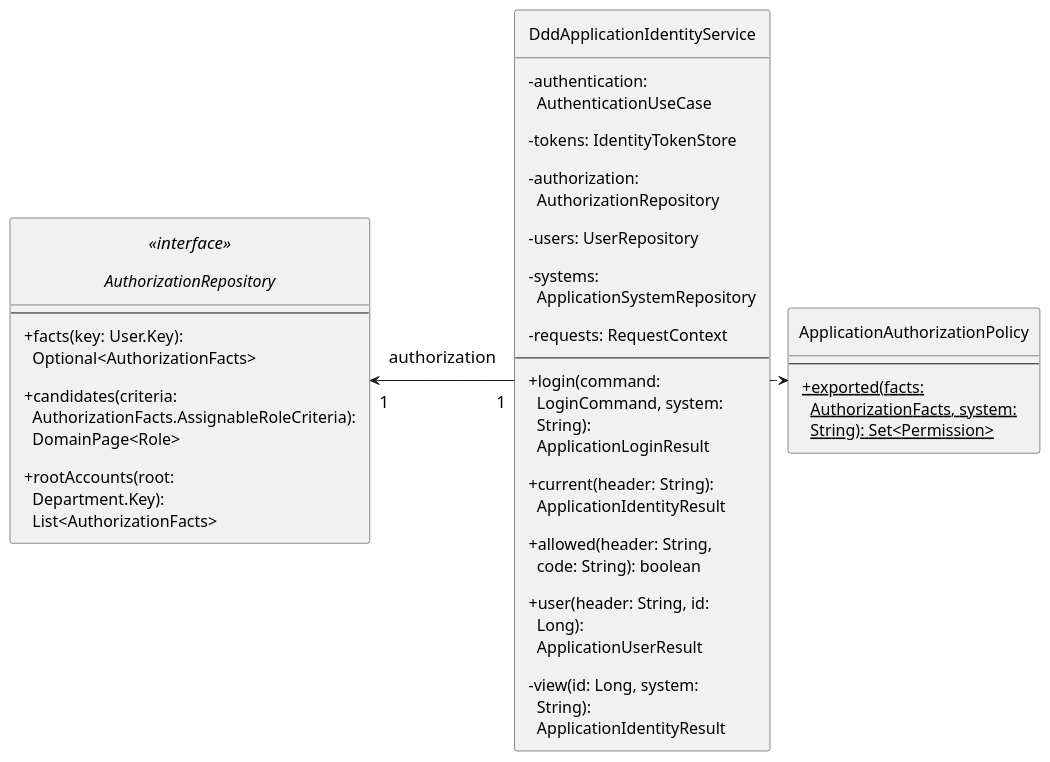
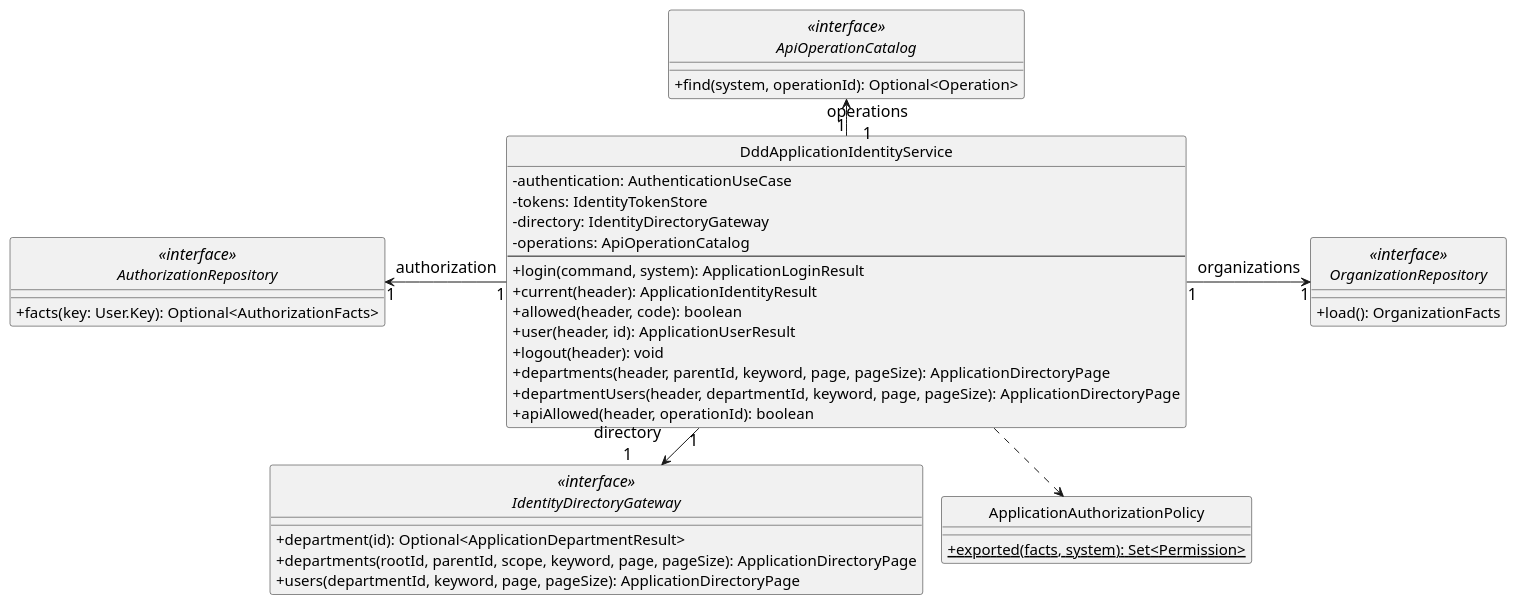
Before and after one commit to minxuanbo/ooad-course-project: the diagram in docs/design/class-ddd-application-identity.puml, drawn with PlantUML. The commit also changed 34 other files, not shown here.

```diff
--- a/docs/design/class-ddd-application-identity.puml
+++ b/docs/design/class-ddd-application-identity.puml
@@ -1,41 +1,50 @@
 @startuml
 !pragma layout smetana
 skinparam defaultFontName Microsoft YaHei
-skinparam defaultFontSize 17
-skinparam classFontSize 18
-skinparam classAttributeFontSize 16
+skinparam defaultFontSize 16
+skinparam classAttributeFontSize 15
 skinparam classAttributeIconSize 0
 skinparam shadowing false
 skinparam backgroundColor white
 skinparam linetype polyline
 skinparam nodesep 65
-skinparam ranksep 60
-skinparam padding 8
+skinparam ranksep 55
 hide circle
-class "DddApplicationIdentityService" as C0 {
-  -authentication:\n  AuthenticationUseCase
-  -tokens: IdentityTokenStore
-  -authorization:\n  AuthorizationRepository
-  -users: UserRepository
-  -systems:\n  ApplicationSystemRepository
-  -requests: RequestContext
-  --
-  +login(command:\n  LoginCommand, system:\n  String):\n  ApplicationLoginResult
-  +current(header: String):\n  ApplicationIdentityResult
-  +allowed(header: String,\n  code: String): boolean
-  +user(header: String, id:\n  Long):\n  ApplicationUserResult
-  -view(id: Long, system:\n  String):\n  ApplicationIdentityResult
+class "DddApplicationIdentityService" as S {
+- authentication: AuthenticationUseCase
+- tokens: IdentityTokenStore
+- directory: IdentityDirectoryGateway
+- operations: ApiOperationCatalog
+--
++ login(command, system): ApplicationLoginResult
++ current(header): ApplicationIdentityResult
++ allowed(header, code): boolean
++ user(header, id): ApplicationUserResult
++ logout(header): void
++ departments(header, parentId, keyword, page, pageSize): ApplicationDirectoryPage
++ departmentUsers(header, departmentId, keyword, page, pageSize): ApplicationDirectoryPage
++ apiAllowed(header, operationId): boolean
 }
-interface "AuthorizationRepository" as C1 <<interface>> {
-  --
-  +facts(key: User.Key):\n  Optional<AuthorizationFacts>
-  +candidates(criteria:\n  AuthorizationFacts.AssignableRoleCriteria):\n  DomainPage<Role>
-  +rootAccounts(root:\n  Department.Key):\n  List<AuthorizationFacts>
+interface "AuthorizationRepository" as A <<interface>> {
++ facts(key: User.Key): Optional<AuthorizationFacts>
 }
-class "ApplicationAuthorizationPolicy" as C2 {
-  --
-  {static} +exported(facts:\n  AuthorizationFacts, system:\n  String): Set<Permission>
+interface "IdentityDirectoryGateway" as D <<interface>> {
++ department(id): Optional<ApplicationDepartmentResult>
++ departments(rootId, parentId, scope, keyword, page, pageSize): ApplicationDirectoryPage
++ users(departmentId, keyword, page, pageSize): ApplicationDirectoryPage
 }
-C0 "1" -left-> "1" C1 : authorization
-C0 .right.> C2
+interface "ApiOperationCatalog" as O <<interface>> {
++ find(system, operationId): Optional<Operation>
+}
+S "1" -left-> "1" A : authorization
+S "1" -down-> "directory\n1" D
+S "1" -up-> "operations\n1" O
+interface "OrganizationRepository" as R <<interface>> {
++ load(): OrganizationFacts
+}
+S "1" -right-> "1" R : organizations
+class "ApplicationAuthorizationPolicy" as P {
+{static} + exported(facts, system): Set<Permission>
+}
+S .down.> P
 @enduml
```
